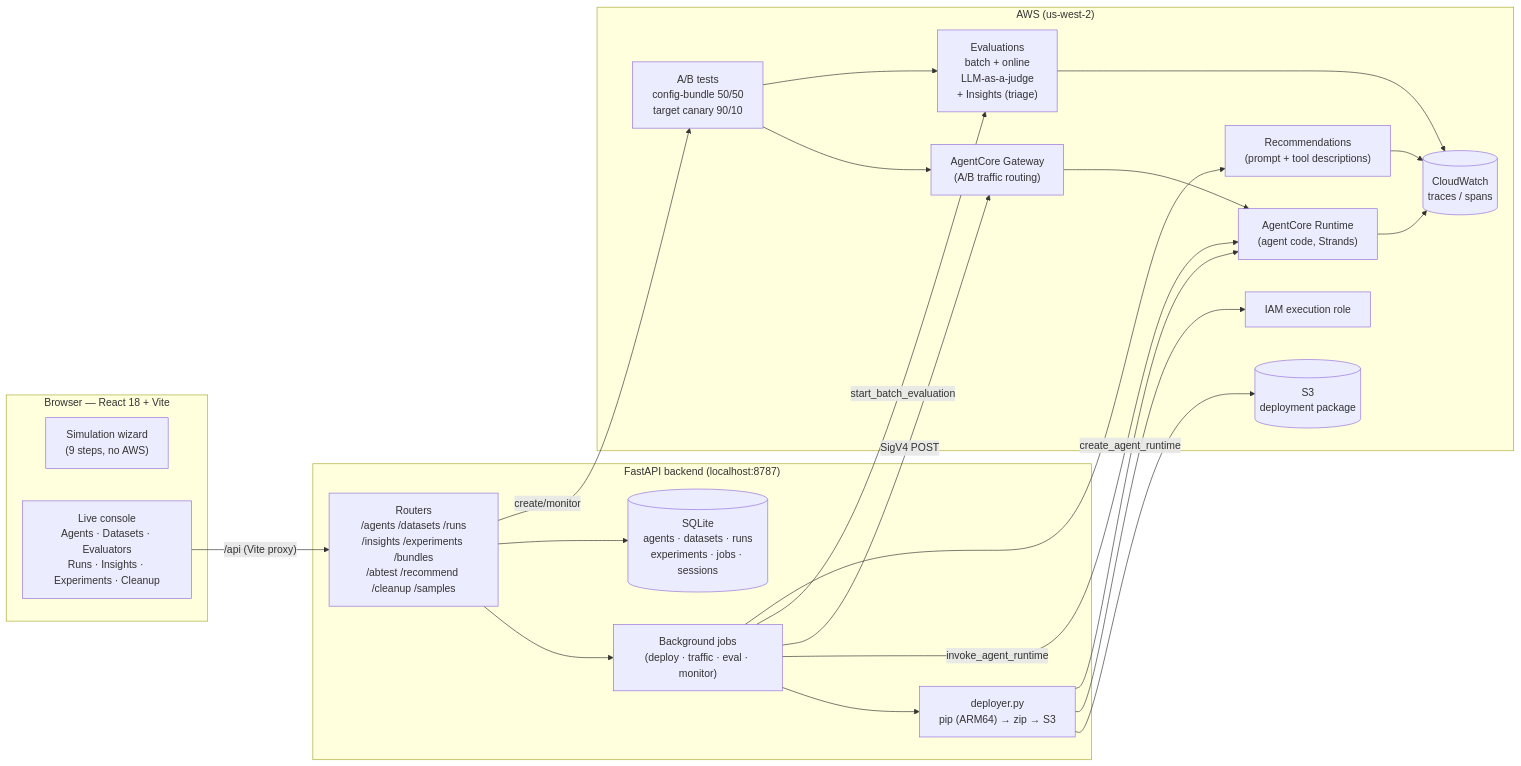
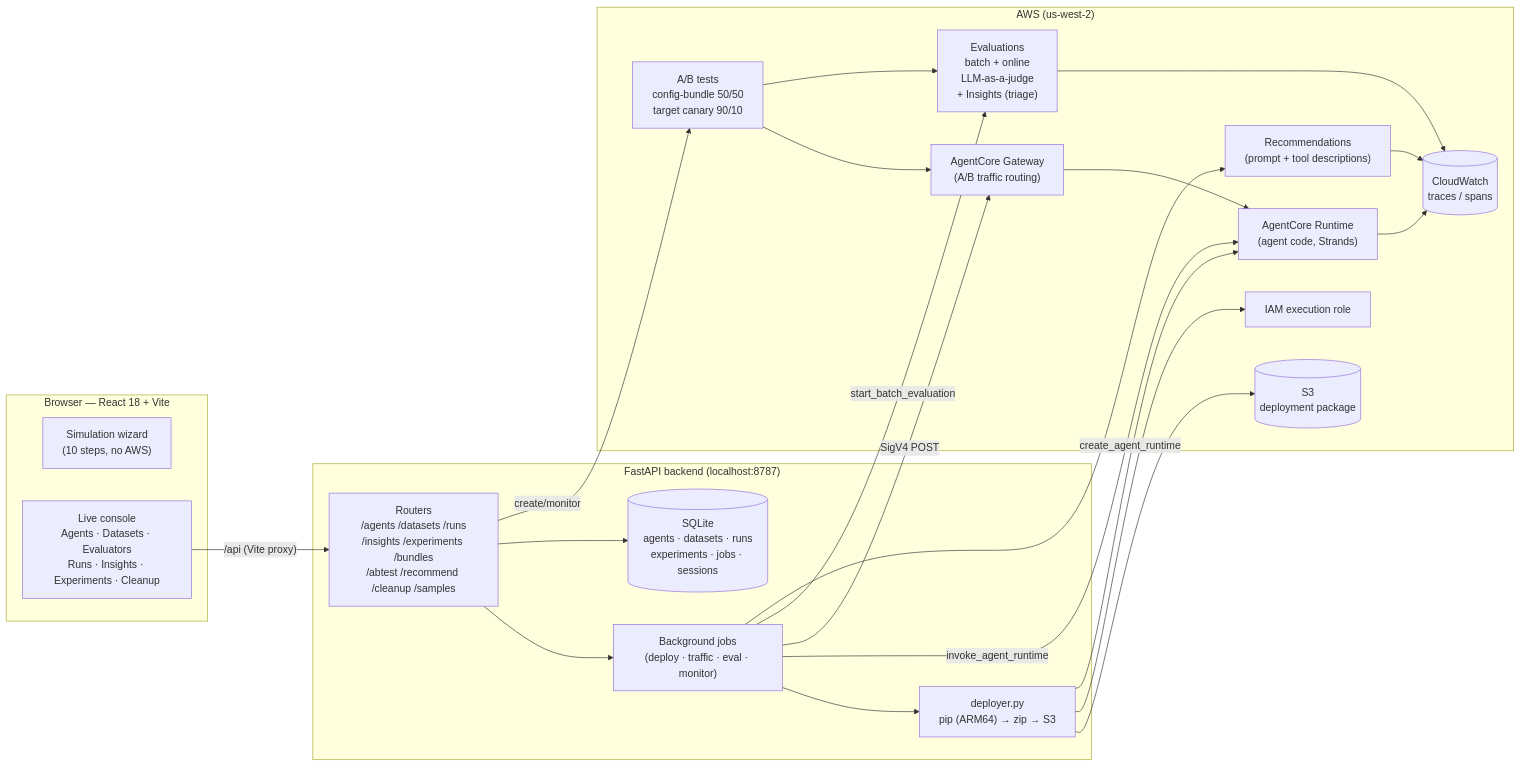
Before and after one commit to xiehust/agentcore_eva_opt: the diagram in README.md, drawn with Mermaid. The commit also changed other lines of this file and 1 other file, not shown here.

Commit message:
Add Chinese README (README.zh-CN.md) with cross-links
Full translation covering architecture (localized Mermaid diagram),
screenshots, the seven console sections, getting started (one-shot
scripts, prod mode), the ALB+CloudFront exposure chain, and scripts
table. Language switcher links at the top of both files; also fixed the
stale "9 steps" label in the English architecture diagram.

````diff
--- a/README.md
+++ b/README.md
@@ -19,44 +21,44 @@
 ```mermaid
 flowchart LR
     subgraph Browser["Browser — React 18 + Vite"]
-        SIM["Simulation wizard<br/>(9 steps, no AWS)"]
+        SIM["Simulation wizard<br/>(10 steps, no AWS)"]
         CONSOLE["Live console<br/>Agents · Datasets · Evaluators<br/>Runs · Insights · Experiments · Cleanup"]
     end
 
     subgraph Backend["FastAPI backend (localhost:8787)"]
         API["Routers<br/>/agents /datasets /runs<br/>/insights /experiments /bundles<br/>/abtest /recommend /cleanup /samples"]
         JOBS["Background jobs<br/>(deploy · traffic · eval · monitor)"]
         DB[("SQLite<br/>agents · datasets · runs<br/>experiments · jobs · sessions")]
         DEPLOYER["deployer.py<br/>pip (ARM64) → zip → S3"]
     end
 
     subgraph AWS["AWS (us-west-2)"]
         RT["AgentCore Runtime<br/>(agent code, Strands)"]
         GW["AgentCore Gateway<br/>(A/B traffic routing)"]
         AB["A/B tests<br/>config-bundle 50/50<br/>target canary 90/10"]
         EVAL["Evaluations<br/>batch + online<br/>LLM-as-a-judge<br/>+ Insights (triage)"]
         REC["Recommendations<br/>(prompt + tool descriptions)"]
         CW[("CloudWatch<br/>traces / spans")]
         S3[("S3<br/>deployment package")]
         IAM["IAM execution role"]
     end
 
     CONSOLE -->|"/api (Vite proxy)"| API
     API --> JOBS
     API --> DB
     JOBS --> DEPLOYER
     DEPLOYER --> S3
     DEPLOYER --> IAM
     DEPLOYER -->|create_agent_runtime| RT
     JOBS -->|invoke_agent_runtime| RT
     JOBS -->|SigV4 POST| GW
     GW --> RT
     RT --> CW
     JOBS -->|start_batch_evaluation| EVAL
     EVAL --> CW
     JOBS --> REC
     REC --> CW
     API -->|create/monitor| AB
     AB --> GW
     AB --> EVAL
 ```
````
